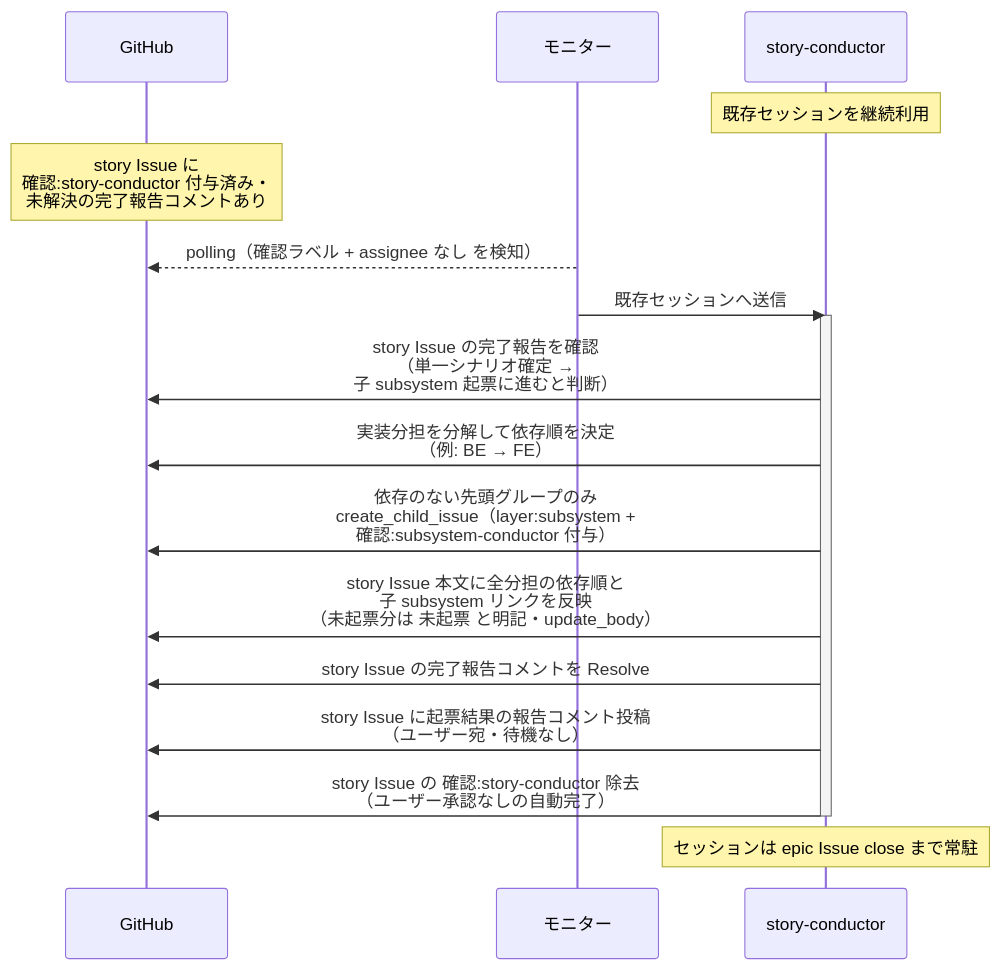
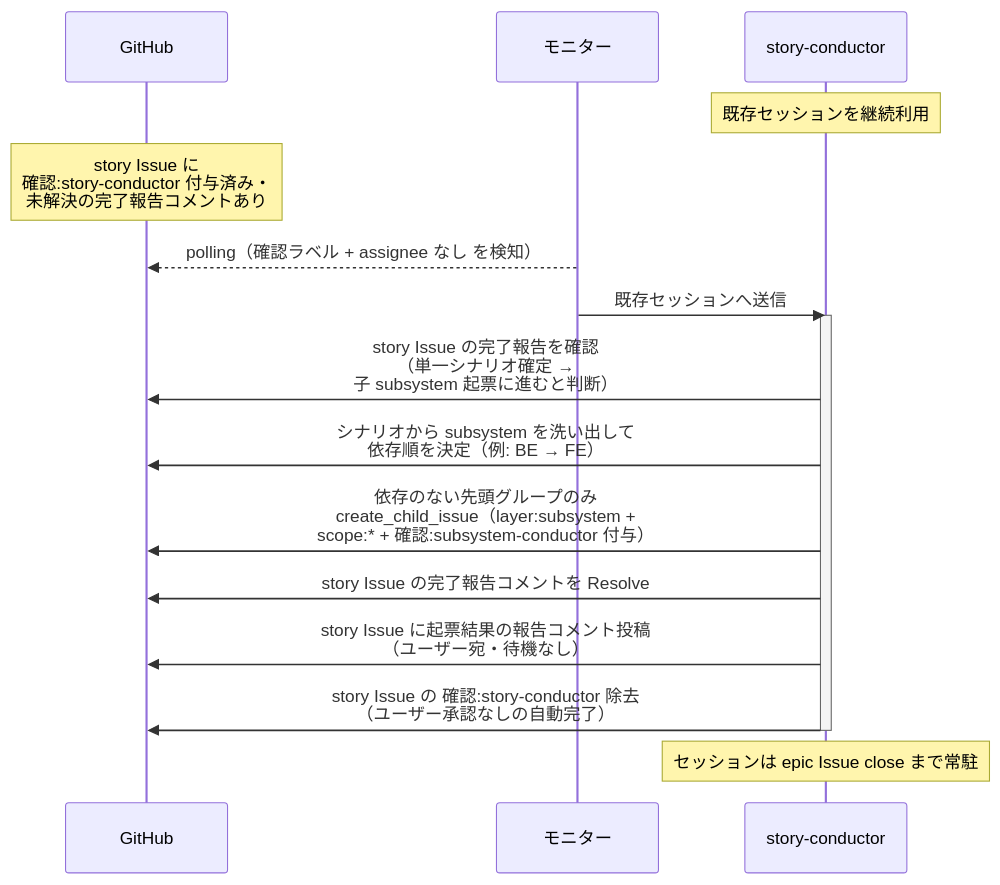
The first of 2 diagrams in docs/wiki/設計図/シナリオ/単一ユースケース/子subsystem起票.md (shuhei1101/ai-monitor), drawn with Mermaid before and after one commit. The commit also changed other lines of this file and 25 other files, not shown here.

````diff
--- a/docs/wiki/設計図/シナリオ/単一ユースケース/子subsystem起票.md
+++ b/docs/wiki/設計図/シナリオ/単一ユースケース/子subsystem起票.md
@@ -26,21 +26,20 @@
 ```mermaid
 sequenceDiagram
   participant GH as GitHub
   participant ORC as モニター
   participant MON as story-conductor
 
   Note over MON: 既存セッションを継続利用
   Note over GH: story Issue に<br>確認:story-conductor 付与済み・<br>未解決の完了報告コメントあり
   ORC-->>GH: polling（確認ラベル + assignee なし を検知）
   ORC->>MON: 既存セッションへ送信
   activate MON
   MON->>GH: story Issue の完了報告を確認<br>（単一シナリオ確定 →<br>子 subsystem 起票に進むと判断）
-  MON->>GH: 実装分担を分解して依存順を決定<br>（例: BE → FE）
-  MON->>GH: 依存のない先頭グループのみ<br>create_child_issue（layer:subsystem +<br>確認:subsystem-conductor 付与）
-  MON->>GH: story Issue 本文に全分担の依存順と<br>子 subsystem リンクを反映<br>（未起票分は 未起票 と明記・update_body）
+  MON->>GH: シナリオから subsystem を洗い出して<br>依存順を決定（例: BE → FE）
+  MON->>GH: 依存のない先頭グループのみ<br>create_child_issue（layer:subsystem +<br>scope:* + 確認:subsystem-conductor 付与）
   MON->>GH: story Issue の完了報告コメントを Resolve
   MON->>GH: story Issue に起票結果の報告コメント投稿<br>（ユーザー宛・待機なし）
   MON->>GH: story Issue の 確認:story-conductor 除去<br>（ユーザー承認なしの自動完了）
   deactivate MON
   Note over MON: セッションは epic Issue close まで常駐
 ```
````
